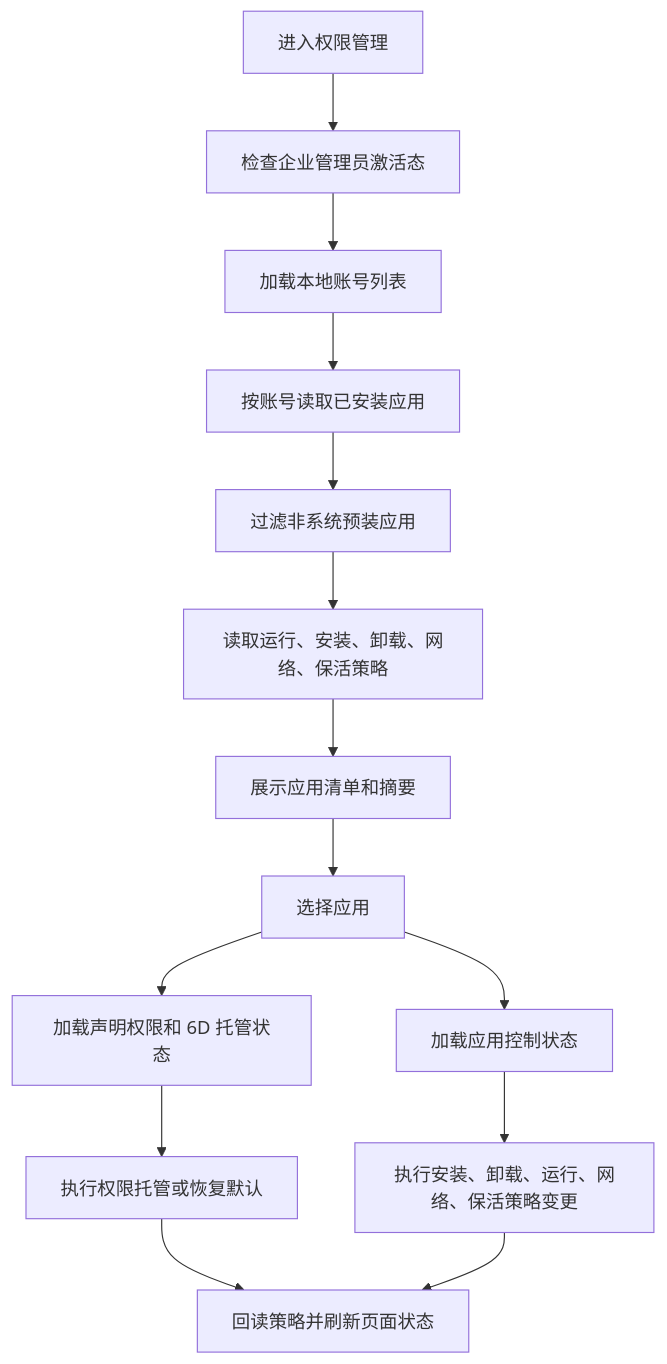
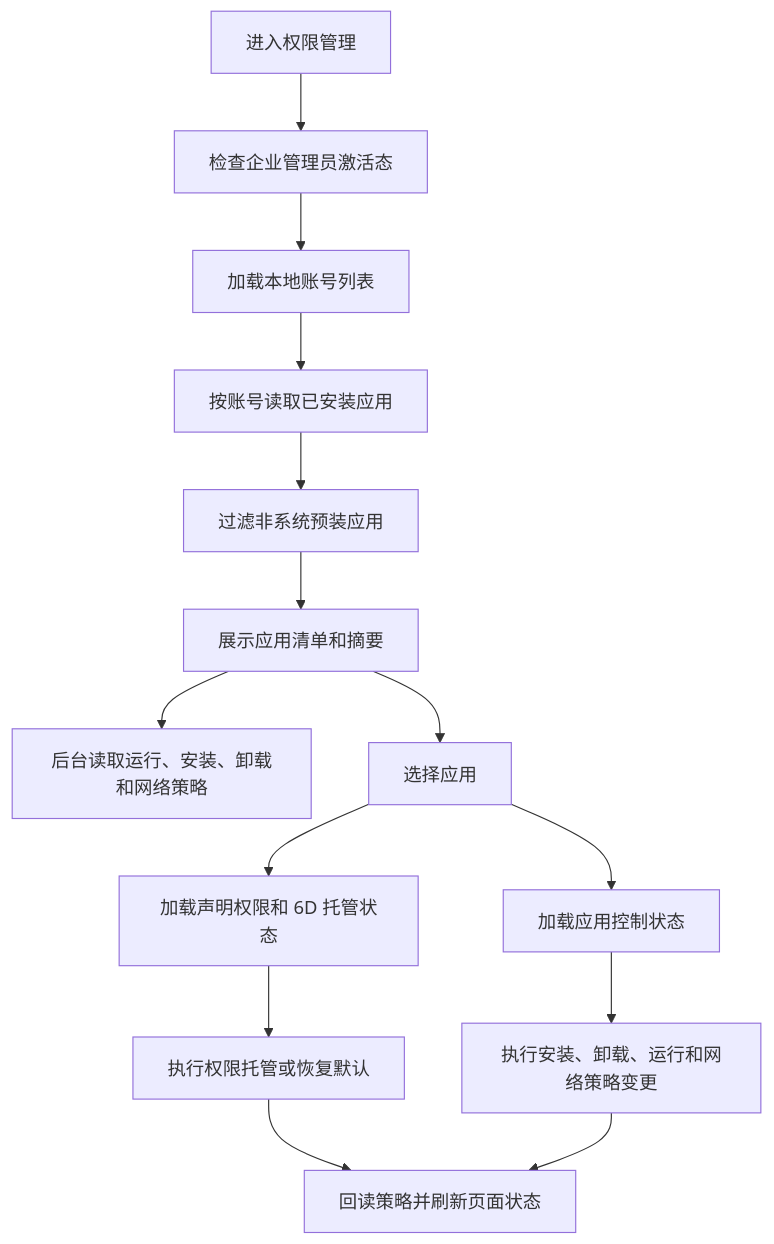
The diagram in docs/03-模块设计/权限管理组件设计说明.md (Deslord319/security_tool), drawn with Mermaid before and after one commit. The commit also changed other lines of this file and 14 other files, not shown here.

````diff
--- a/docs/03-模块设计/权限管理组件设计说明.md
+++ b/docs/03-模块设计/权限管理组件设计说明.md
@@ -141,16 +142,16 @@
 ```mermaid
 flowchart TD
   A["进入权限管理"] --> B["检查企业管理员激活态"]
   B --> C["加载本地账号列表"]
   C --> D["按账号读取已安装应用"]
   D --> E["过滤非系统预装应用"]
-  E --> F["读取运行、安装、卸载、网络、保活策略"]
-  F --> G["展示应用清单和摘要"]
+  E --> G["展示应用清单和摘要"]
+  G --> F["后台读取运行、安装、卸载和网络策略"]
   G --> H["选择应用"]
   H --> I["加载声明权限和 6D 托管状态"]
   H --> J["加载应用控制状态"]
   I --> K["执行权限托管或恢复默认"]
-  J --> L["执行安装、卸载、运行、网络、保活策略变更"]
+  J --> L["执行安装、卸载、运行和网络策略变更"]
   K --> M["回读策略并刷新页面状态"]
   L --> M
 ```
````
